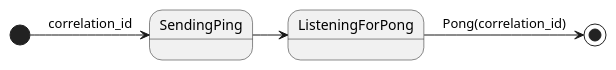
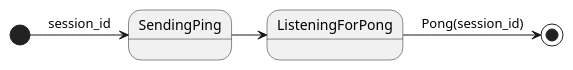
The second of 4 diagrams in README.org (peterpaul/kafka-ping-stm), drawn with PlantUML before and after one commit. The commit also changed 4 other files, not shown here.

Commit message:
[refactor] Rename correlation_id to session_id

```diff
--- a/README.org
+++ b/README.org
@@ -83,5 +83,5 @@
 #+begin_src plantuml :file ping.svg
-  [*] -> SendingPing: correlation_id
+  [*] -> SendingPing: session_id
   SendingPing -> ListeningForPong
-  ListeningForPong -> [*]: Pong(correlation_id)
+  ListeningForPong -> [*]: Pong(session_id)
 #+end_src
```
